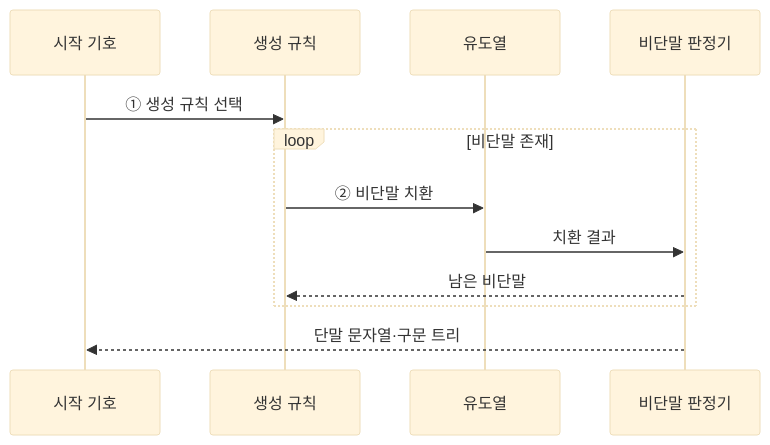
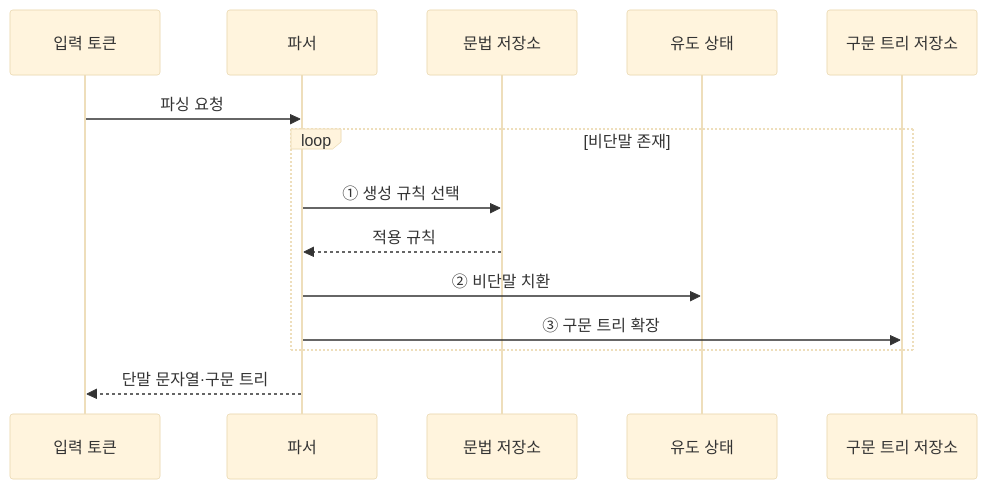
Before and after one commit to agnusdei1207/knowledge-base: the third of 3 diagrams in src/content/docs/notes/01-basic-theory/021_context_free_grammar.md, drawn with Mermaid (base theme). The commit also changed other lines of this file and 20 other files, not shown here.

````diff
--- a/src/content/docs/notes/01-basic-theory/021_context_free_grammar.md
+++ b/src/content/docs/notes/01-basic-theory/021_context_free_grammar.md
@@ -93,14 +111,16 @@
 ```mermaid
 sequenceDiagram
-    participant S as 시작 기호
-    participant P as 생성 규칙
-    participant D as 유도열
-    participant C as 비단말 판정기
-    S->>P: ① 생성 규칙 선택
+    participant Q as 입력 토큰
+    participant P as 파서
+    participant G as 문법 저장소
+    participant D as 유도 상태
+    participant T as 구문 트리 저장소
+    Q->>P: 파싱 요청
     loop 비단말 존재
+        P->>G: ① 생성 규칙 선택
+        G-->>P: 적용 규칙
         P->>D: ② 비단말 치환
-        D->>C: 치환 결과
-        C-->>P: 남은 비단말
+        P->>T: ③ 구문 트리 확장
     end
-    C-->>S: 단말 문자열·구문 트리
+    P-->>Q: 단말 문자열·구문 트리
 ```
````
